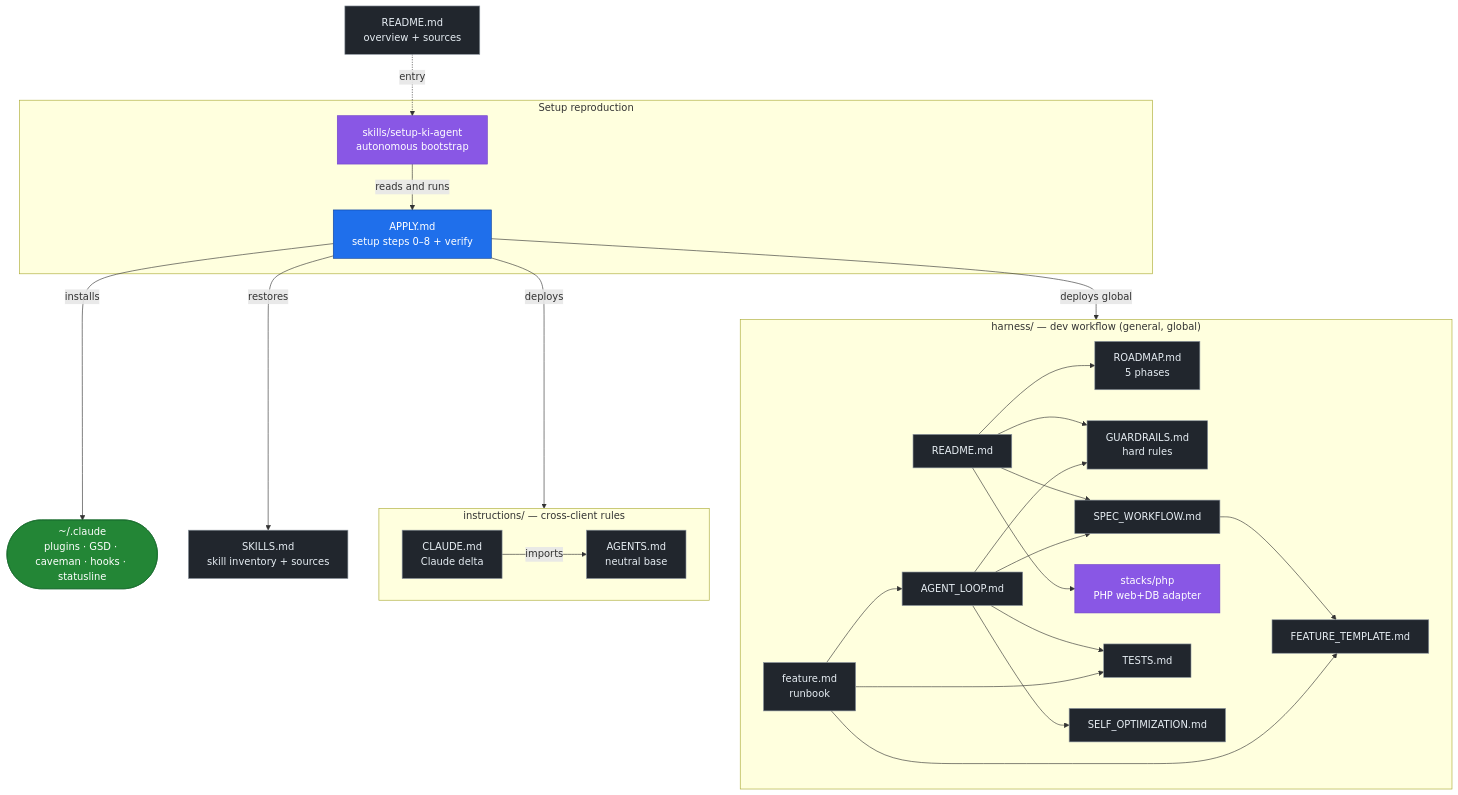
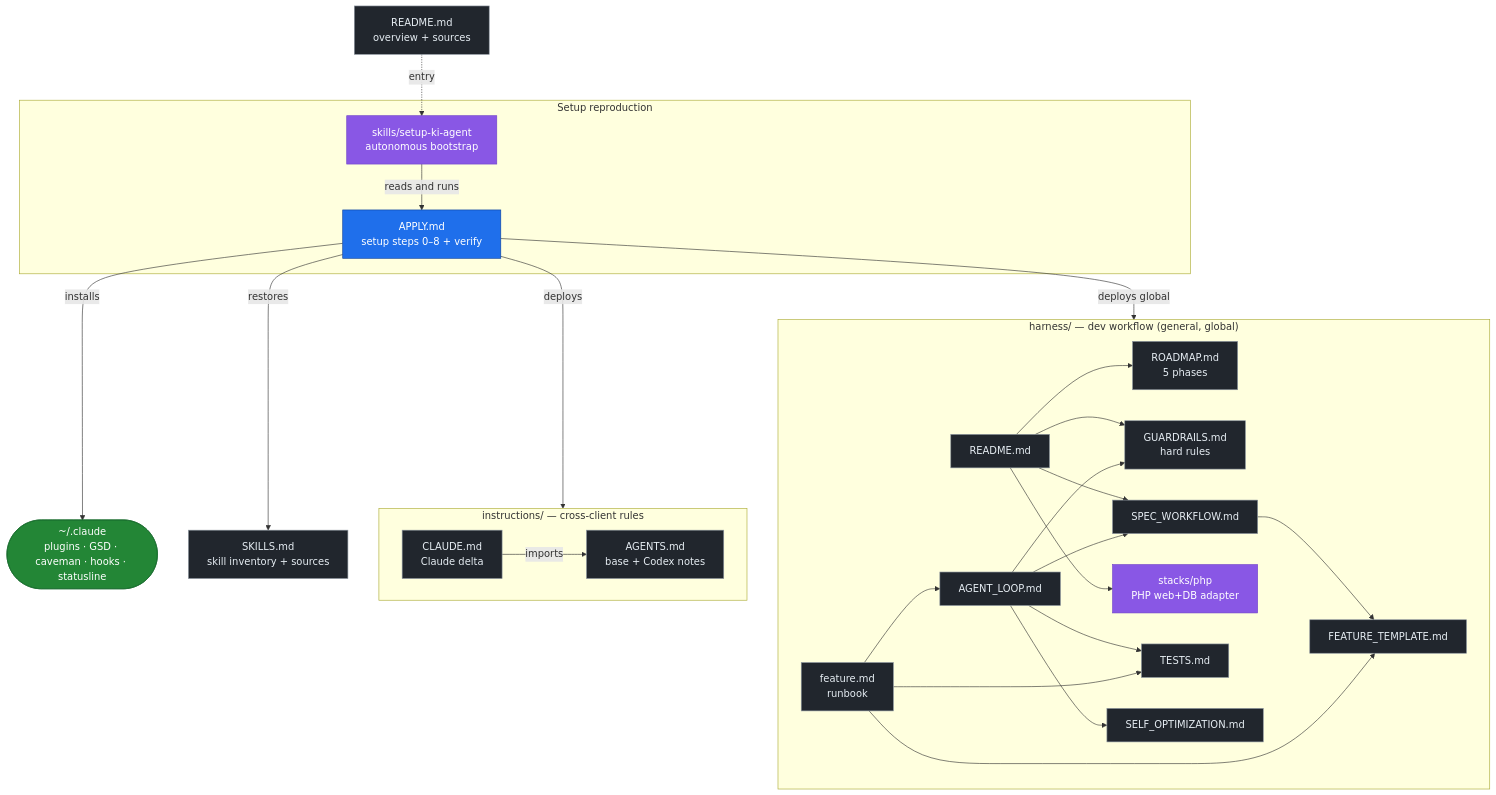
Before and after one commit to derivo/ki-agent-setup: the diagram in README.en.md, drawn with Mermaid. The commit also changed other lines of this file and 9 other files, not shown here.

````diff
--- a/README.en.md
+++ b/README.en.md
@@ -132,47 +140,47 @@
 ```mermaid
 flowchart TD
     README["README.md<br/>overview + sources"]:::doc
 
     subgraph SETUP[" Setup reproduction "]
         SKILL["skills/setup-ki-agent<br/>autonomous bootstrap"]:::skill
         APPLY["APPLY.md<br/>setup steps 0–8 + verify"]:::core
         SKILL -->|reads and runs| APPLY
     end
 
     subgraph INSTR[" instructions/ — cross-client rules "]
-        AGENTS["AGENTS.md<br/>neutral base"]:::doc
+        AGENTS["AGENTS.md<br/>base + Codex notes"]:::doc
         CLAUDE["CLAUDE.md<br/>Claude delta"]:::doc
         CLAUDE -->|imports| AGENTS
     end
 
     SKILLS["SKILLS.md<br/>skill inventory + sources"]:::doc
     TOOLS(["~/.claude<br/>plugins · GSD · caveman · hooks · statusline"]):::target
 
     subgraph HARN[" harness/ — dev workflow (general, global) "]
         HREADME["README.md"]:::doc
         ROADMAP["ROADMAP.md<br/>5 phases"]:::doc
         GUARD["GUARDRAILS.md<br/>hard rules"]:::doc
         SPECW["SPEC_WORKFLOW.md"]:::doc
         FEATT["FEATURE_TEMPLATE.md"]:::doc
         TESTS["TESTS.md"]:::doc
         LOOP["AGENT_LOOP.md"]:::doc
         SELF["SELF_OPTIMIZATION.md"]:::doc
         FEAT["feature.md<br/>runbook"]:::doc
         PHPAD["stacks/php<br/>PHP web+DB adapter"]:::skill
         HREADME --> ROADMAP & GUARD & SPECW & PHPAD
         SPECW --> FEATT
         LOOP --> GUARD & TESTS & SPECW & SELF
         FEAT --> LOOP & FEATT & TESTS
     end
 
     README -. entry .-> SKILL
     APPLY -->|deploys| INSTR
     APPLY -->|installs| TOOLS
     APPLY -->|restores| SKILLS
     APPLY -->|deploys global| HARN
 
     classDef core fill:#1f6feb,stroke:#0d419d,color:#fff;
     classDef skill fill:#8957e5,stroke:#6e40c9,color:#fff;
     classDef doc fill:#21262d,stroke:#8b949e,color:#e6edf3;
     classDef target fill:#238636,stroke:#196c2e,color:#fff;
 ```
````
